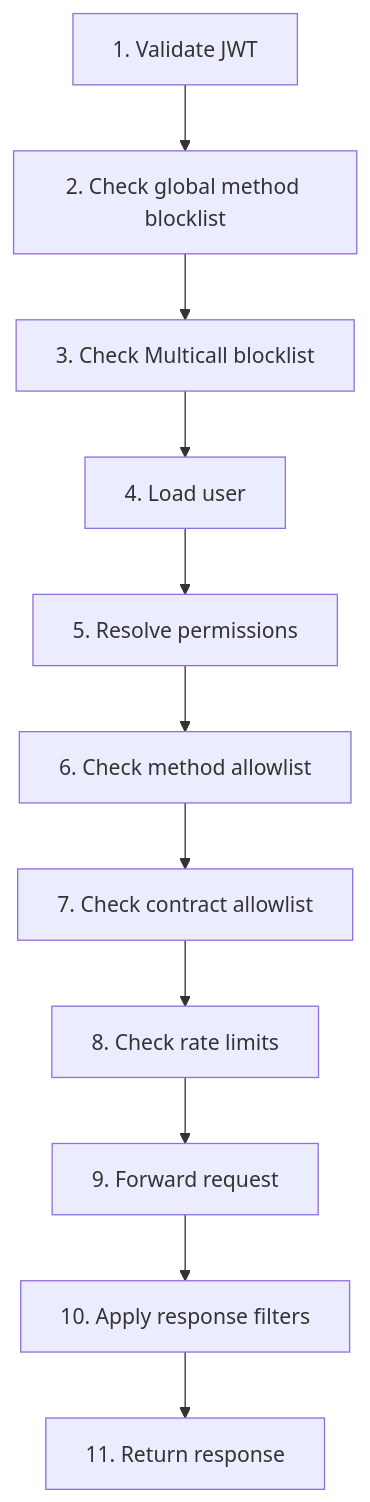
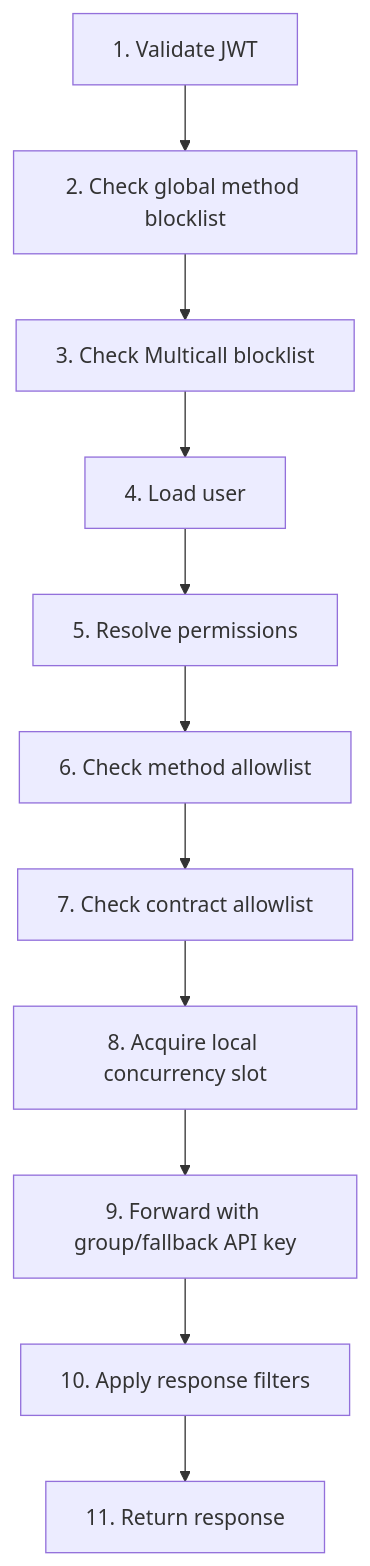
The second of 2 diagrams in site/src/app/docs/security/page.mdx (alainncls/open-privacy-suite), drawn with Mermaid before and after one commit. The commit also changed other lines of this file and 11 other files, not shown here.

Commit message:
fix(dos): align hardening with upstream rate-limit architecture

````diff
--- a/site/src/app/docs/security/page.mdx
+++ b/site/src/app/docs/security/page.mdx
@@ -342,13 +342,13 @@
 ```mermaid
 graph TD
     A["1. Validate JWT"] --> B["2. Check global method blocklist"]
     B --> C["3. Check Multicall blocklist"]
     C --> D["4. Load user"]
     D --> E["5. Resolve permissions"]
     E --> F["6. Check method allowlist"]
     F --> G["7. Check contract allowlist"]
-    G --> H["8. Check rate limits"]
-    H --> I["9. Forward request"]
+    G --> H["8. Acquire local concurrency slot"]
+    H --> I["9. Forward with group/fallback API key"]
     I --> J["10. Apply response filters"]
     J --> K["11. Return response"]
 ```
````
